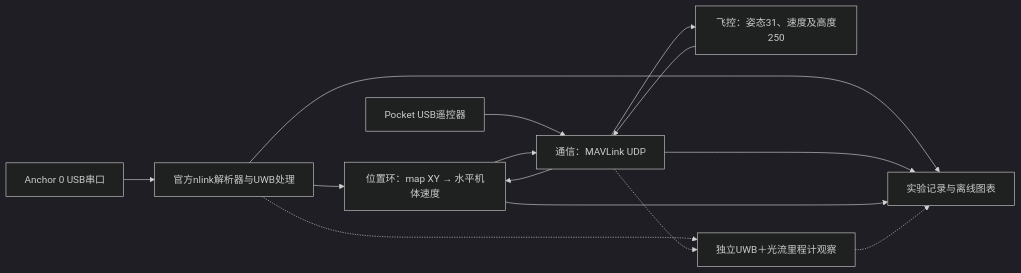
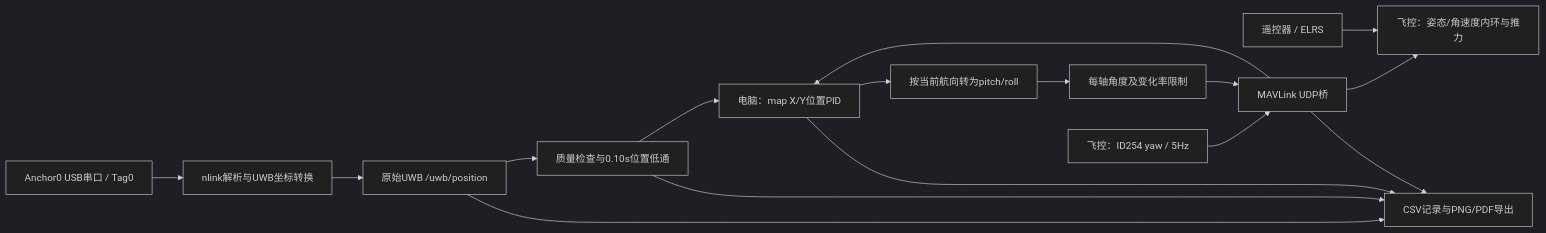
One commit to Enhe1988/Flapping-Wing-UAV-Navigation-System changed the diagram in README.md. Above: the diagram before and after it, drawn with Mermaid (dark theme). The commit also changed other lines of this file and 1315 other files, not shown here.

````diff
--- a/README.md
+++ b/README.md
@@ -9,16 +11,18 @@
 ```mermaid
 flowchart LR
-    UWB[Anchor 0 USB串口] --> Driver[官方nlink解析器与UWB处理]
-    Driver --> Position[位置环：map XY → 水平机体速度]
-    FC[飞控：姿态31、速度及高度250] --> Comm[通信：MAVLink UDP]
-    RC[Pocket USB遥控器] --> Comm
-    Comm --> Position
-    Position --> Comm
-    Comm --> FC
-    Driver -.-> Fusion[独立UWB＋光流里程计观察]
-    Comm -.-> Fusion
-    Driver --> Log[实验记录与离线图表]
-    Comm --> Log
-    Position --> Log
-    Fusion -.-> Log
+    UWB[Anchor0 USB串口 / Tag0] --> Driver[nlink解析与UWB坐标转换]
+    Driver --> Raw[原始UWB /uwb/position]
+    Raw --> Filter[质量检查与0.10s位置低通]
+    Filter --> PID[电脑：map X/Y位置PID]
+    Yaw[飞控：ID254 yaw / 5Hz] --> Bridge[MAVLink UDP桥]
+    Bridge --> PID
+    PID --> Rotate[按当前航向转为pitch/roll]
+    Rotate --> Limit[每轴角度及变化率限制]
+    Limit --> Bridge
+    Bridge --> FC[飞控：姿态/角速度内环与推力]
+    RC[遥控器 / ELRS] --> FC
+    Raw --> Log[CSV记录与PNG/PDF导出]
+    Filter --> Log
+    PID --> Log
+    Bridge --> Log
 ```
````
